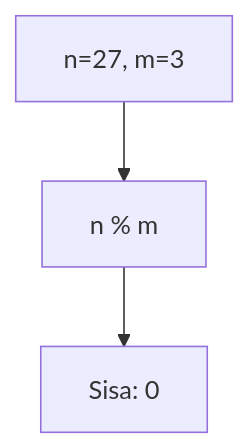
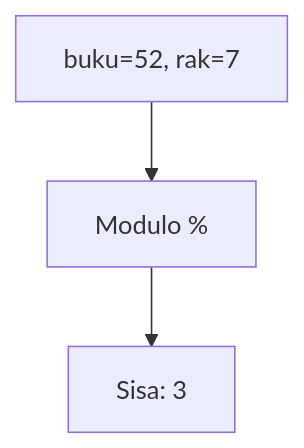
One commit to amnahwaida/OSNK_INF_PREP changed the third of 25 diagrams in part-c-pemahaman-cpp/01-tipe-data/latihan/set-02.md. Above: the diagram before and after it, drawn with Mermaid. The commit also changed other lines of this file and 71 other files, not shown here.

````diff
--- a/part-c-pemahaman-cpp/01-tipe-data/latihan/set-02.md
+++ b/part-c-pemahaman-cpp/01-tipe-data/latihan/set-02.md
@@ -76,5 +79,5 @@
 ```mermaid
 graph TD
-A["n=27, m=3"] --> B["n % m"]
-B --> C["Sisa: 0"]
+A["buku=52, rak=7"] --> B["Modulo %"]
+B --> C["Sisa: 3"]
 ```
````
